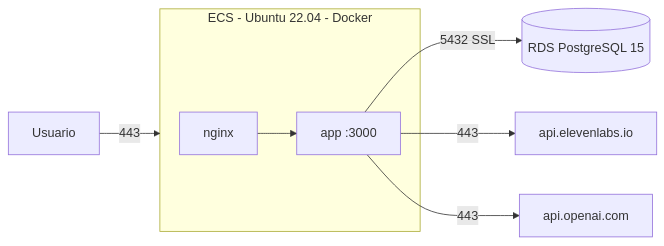
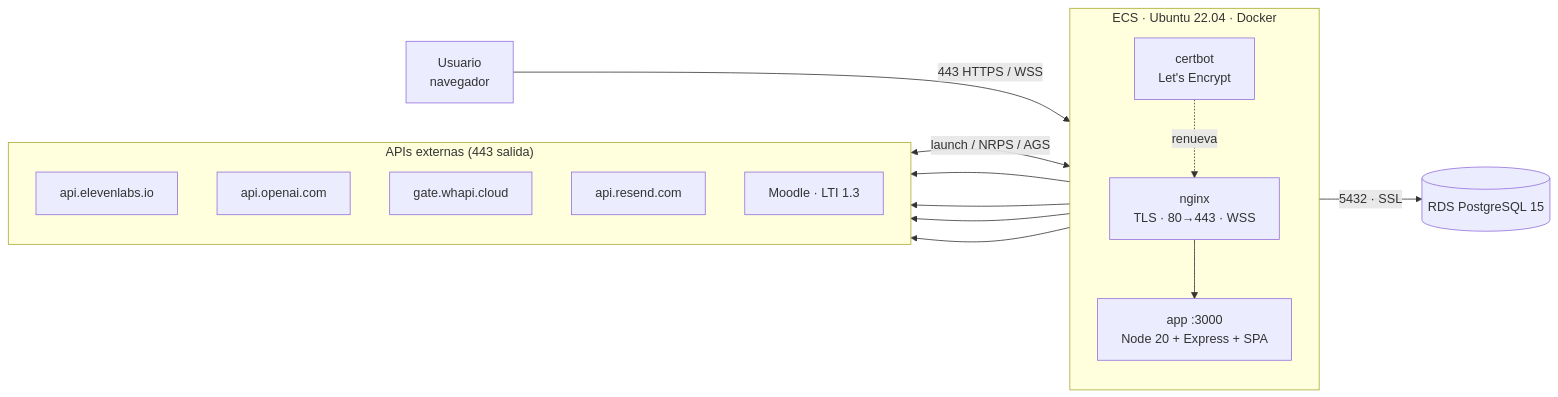
Before and after one commit to Vallit0/artificial-intelligence: the first of 2 diagrams in docs/deployment.md, drawn with Mermaid. The commit also changed 6 other files, not shown here.

````diff
--- a/docs/deployment.md
+++ b/docs/deployment.md
@@ -7,10 +7,30 @@
 ```mermaid
 flowchart LR
-    U["Usuario"] -->|443| ECS
-    subgraph ECS["ECS - Ubuntu 22.04 - Docker"]
-        ng["nginx"] --> app["app :3000"]
+    U["Usuario<br/>navegador"]
+
+    subgraph ECS["ECS · Ubuntu 22.04 · Docker"]
+        direction TB
+        ng["nginx<br/>TLS · 80→443 · WSS"]
+        app["app :3000<br/>Node 20 + Express + SPA"]
+        cb["certbot<br/>Let's Encrypt"]
+        ng --> app
+        cb -. renueva .-> ng
     end
-    app -->|"5432 SSL"| RDS[("RDS PostgreSQL 15")]
-    app -->|443| EL["api.elevenlabs.io"]
-    app -->|443| OAI["api.openai.com"]
+
+    subgraph EXT["APIs externas (443 salida)"]
+        direction TB
+        EL["api.elevenlabs.io"]
+        OAI["api.openai.com"]
+        WH["gate.whapi.cloud"]
+        RS["api.resend.com"]
+        MO["Moodle · LTI 1.3"]
+    end
+
+    U -->|443 HTTPS / WSS| ng
+    app -->|"5432 · SSL"| RDS[("RDS PostgreSQL 15")]
+    app --> EL
+    app --> OAI
+    app --> WH
+    app --> RS
+    MO <-->|launch / NRPS / AGS| app
 ```
````
